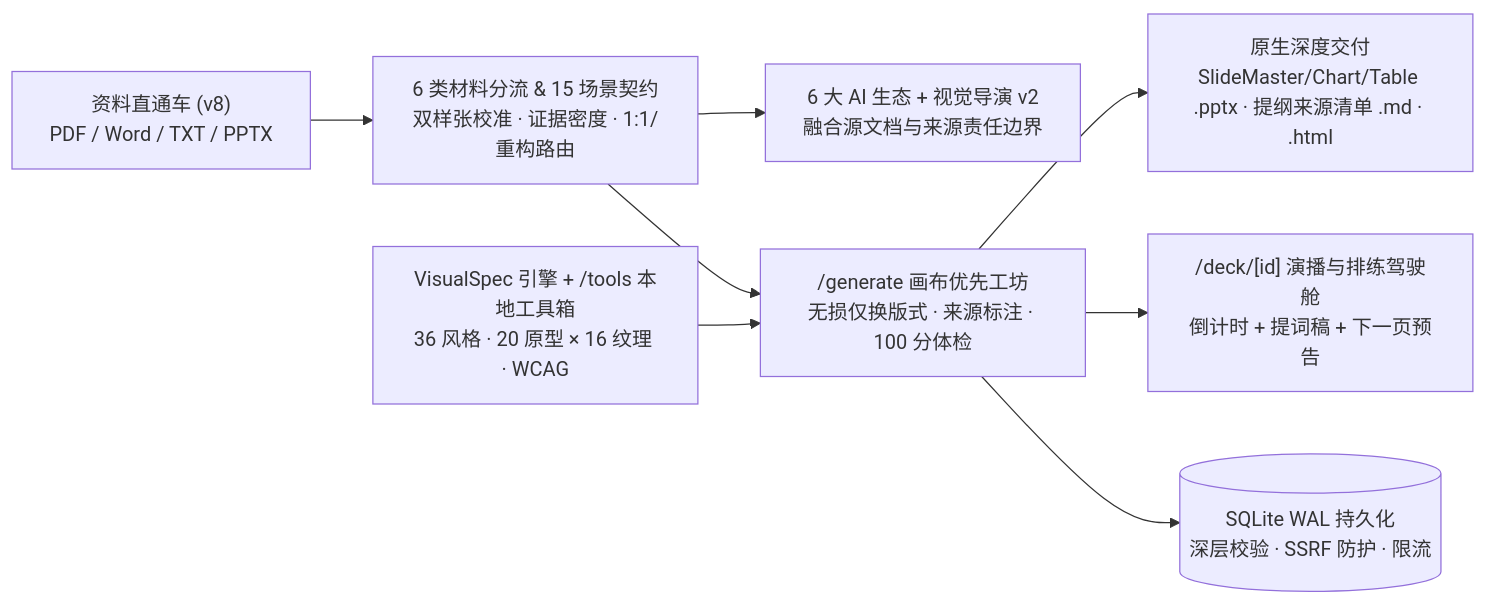
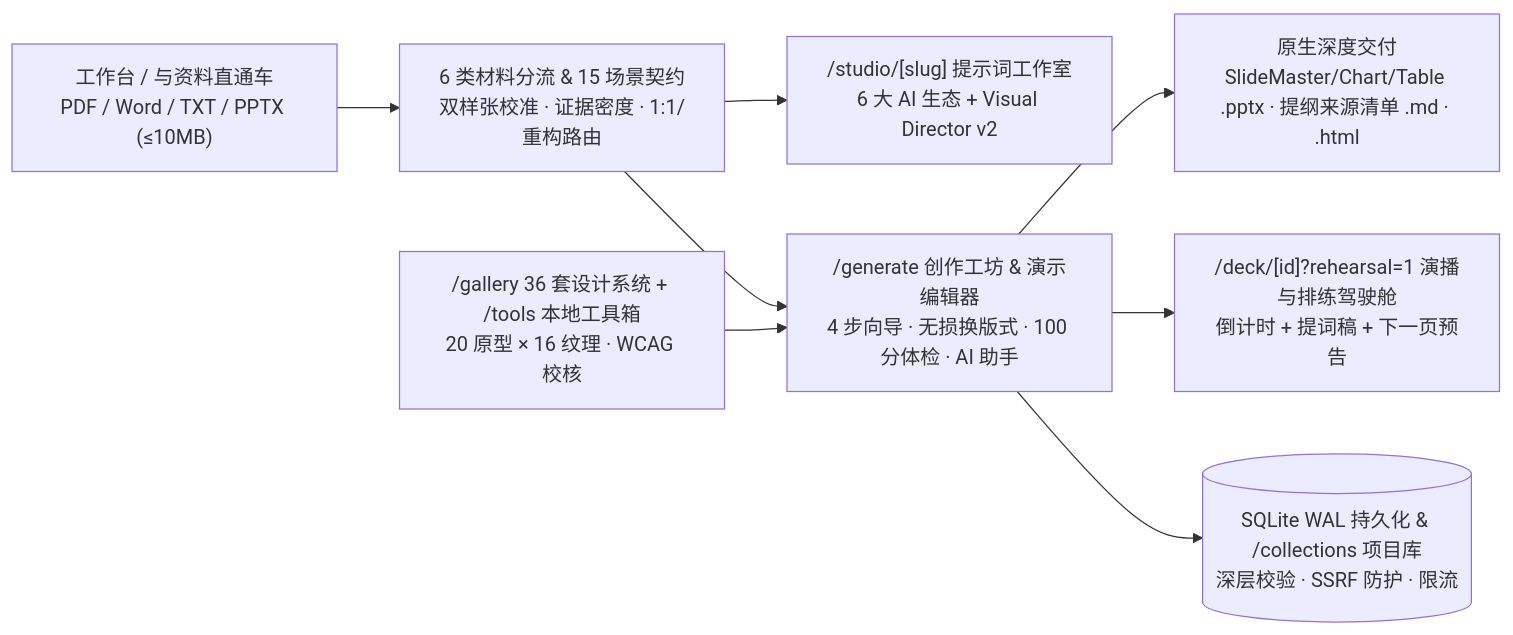
Before and after one commit to curtainchris233-hub/PPTGod: the diagram in README.md, drawn with Mermaid. The commit also changed other lines of this file and 89 other files, not shown here.

````diff
--- a/README.md
+++ b/README.md
@@ -112,10 +161,10 @@
 ```mermaid
 flowchart LR
-    D["资料直通车 (v8)\nPDF / Word / TXT / PPTX"] --> A["6 类材料分流 & 15 场景契约\n双样张校准 · 证据密度 · 1:1/重构路由"]
-    A --> C["6 大 AI 生态 + 视觉导演 v2\n融合源文档与来源责任边界"]
-    A --> E["/generate 画布优先工坊\n无损仅换版式 · 来源标注 · 100 分体检"]
-    B["VisualSpec 引擎 + /tools 本地工具箱\n36 风格 · 20 原型 × 16 纹理 · WCAG"] --> E
+    D["工作台 / 与资料直通车\nPDF / Word / TXT / PPTX (≤10MB)"] --> A["6 类材料分流 & 15 场景契约\n双样张校准 · 证据密度 · 1:1/重构路由"]
+    A --> C["/studio/[slug] 提示词工作室\n6 大 AI 生态 + Visual Director v2"]
+    A --> E["/generate 创作工坊 & 演示编辑器\n4 步向导 · 无损换版式 · 100 分体检 · AI 助手"]
+    B["/gallery 36 套设计系统 + /tools 本地工具箱\n20 原型 × 16 纹理 · WCAG 校核"] --> E
     E --> F["原生深度交付\nSlideMaster/Chart/Table .pptx · 提纲来源清单 .md · .html"]
-    E --> G["/deck/[id] 演播与排练驾驶舱\n倒计时 + 提词稿 + 下一页预告"]
-    E --> H[("SQLite WAL 持久化\n深层校验 · SSRF 防护 · 限流")]
+    E --> G["/deck/[id]?rehearsal=1 演播与排练驾驶舱\n倒计时 + 提词稿 + 下一页预告"]
+    E --> H[("SQLite WAL 持久化 & /collections 项目库\n深层校验 · SSRF 防护 · 限流")]
 ```
````
